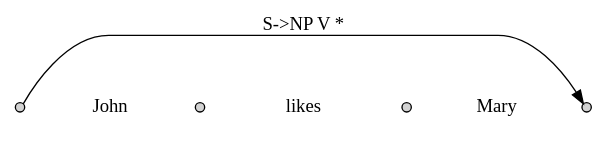
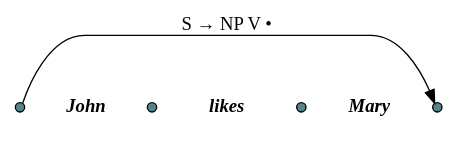
Before and after one commit to nltk/nltk_book: the diagram in images/chart_intro_parseedge.dot, drawn with Graphviz. The commit also changed 29 other files, not shown here.

First line of the commit message:
added HTML entities and LucidaGrande

```diff
--- a/images/chart_intro_parseedge.dot
+++ b/images/chart_intro_parseedge.dot
@@ -1,25 +1,27 @@
 digraph x {
    rankdir=LR;
+   ranksep=0.25;
    
    /* The nodes */
    {
-       node [style=filled,height=0.1,width=0.1];
+       node [style=filled,height=0.1,width=0.1,fillcolor=cadetblue4];
        0 [label=""];
        1 [label=""];
        2 [label=""];
        3 [label=""];
    }
 
    /* The sentence */
    {
        edge [style=invis, weight=100];
-       node [shape=plaintext];
+       node [shape=plaintext,fontname="Times-BoldItalic"];
        0->John->1->likes->2->Mary->3;
    }
    
    /* Edges */
    {
-       0->3 [label="S->NP V *"];
+       edge [fontname=LucidaGrande];
+       0->3 [label="S &rarr; NP V &bull;"];
    }
 
 }
```
